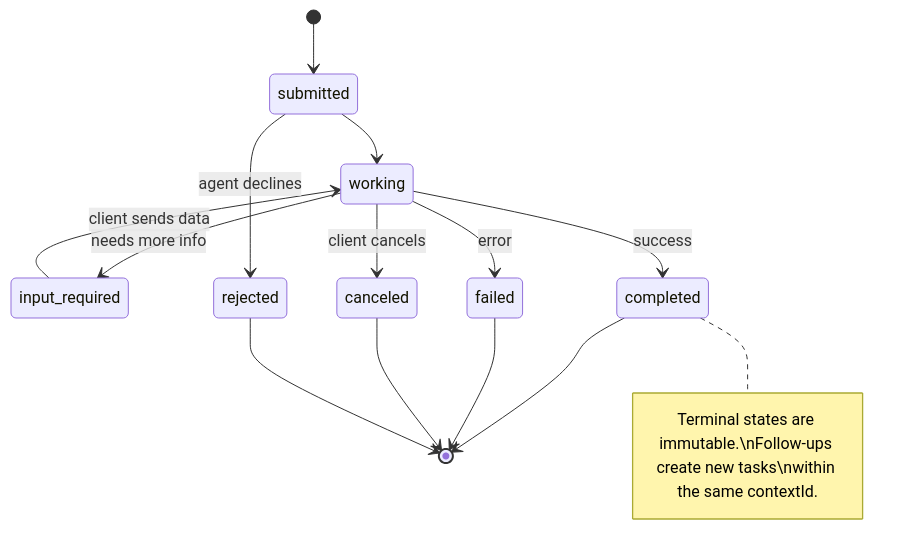
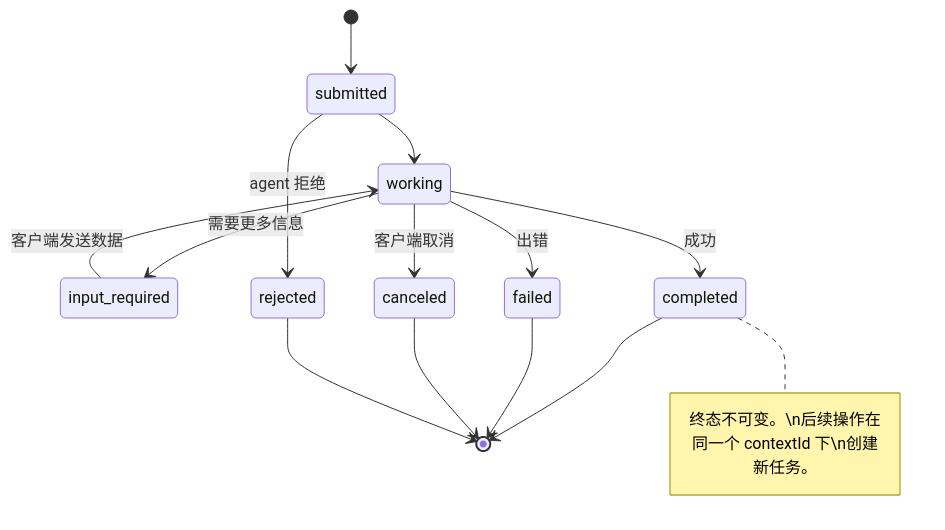
The fourth of 13 diagrams in phases/16-multi-agent-and-swarms/03-communication-protocols/docs/zh.md (alessandrodinisio-ai/ai-engineering-learning-framework), drawn with Mermaid before and after one commit. The commit also changed other lines of this file and 120 other files, not shown here.

First line of the commit message:
i18n(mermaid): 337 个 mermaid 图表标签中文化

````diff
--- a/phases/16-multi-agent-and-swarms/03-communication-protocols/docs/zh.md
+++ b/phases/16-multi-agent-and-swarms/03-communication-protocols/docs/zh.md
@@ -178,18 +178,18 @@
 ```mermaid
 stateDiagram-v2
     [*] --> submitted
     submitted --> working
-    working --> input_required: needs more info
-    input_required --> working: client sends data
-    working --> completed: success
-    working --> failed: error
-    working --> canceled: client cancels
-    submitted --> rejected: agent declines
+    working --> input_required: 需要更多信息
+    input_required --> working: 客户端发送数据
+    working --> completed: 成功
+    working --> failed: 出错
+    working --> canceled: 客户端取消
+    submitted --> rejected: agent 拒绝
 
     completed --> [*]
     failed --> [*]
     canceled --> [*]
     rejected --> [*]
 
-    note right of completed: Terminal states are immutable.\nFollow-ups create new tasks\nwithin the same contextId.
+    note right of completed: 终态不可变。\n后续操作在同一个 contextId 下\n创建新任务。
 ```
````
